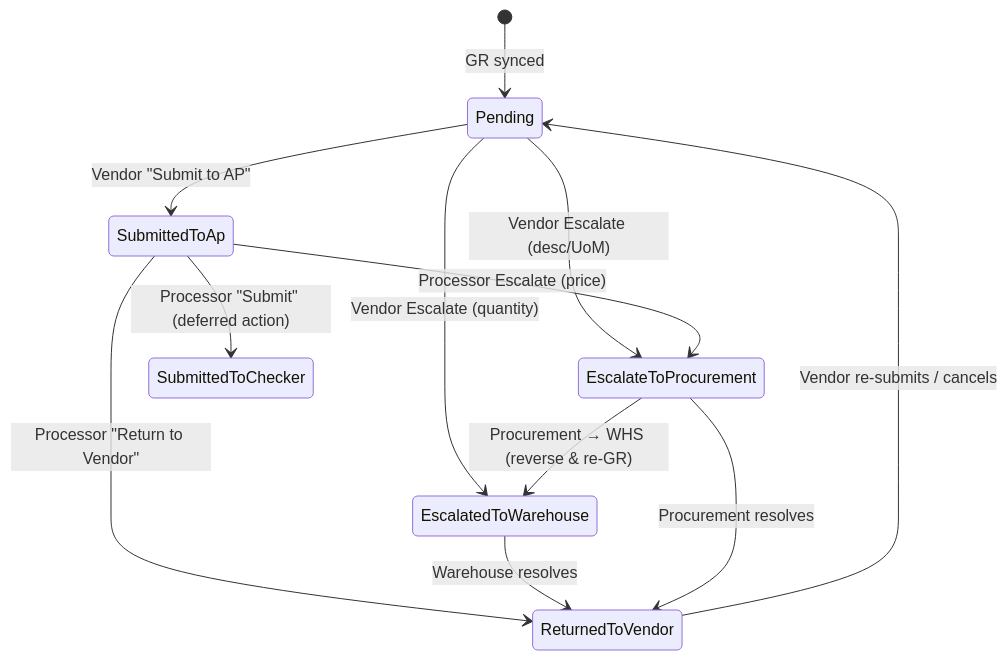
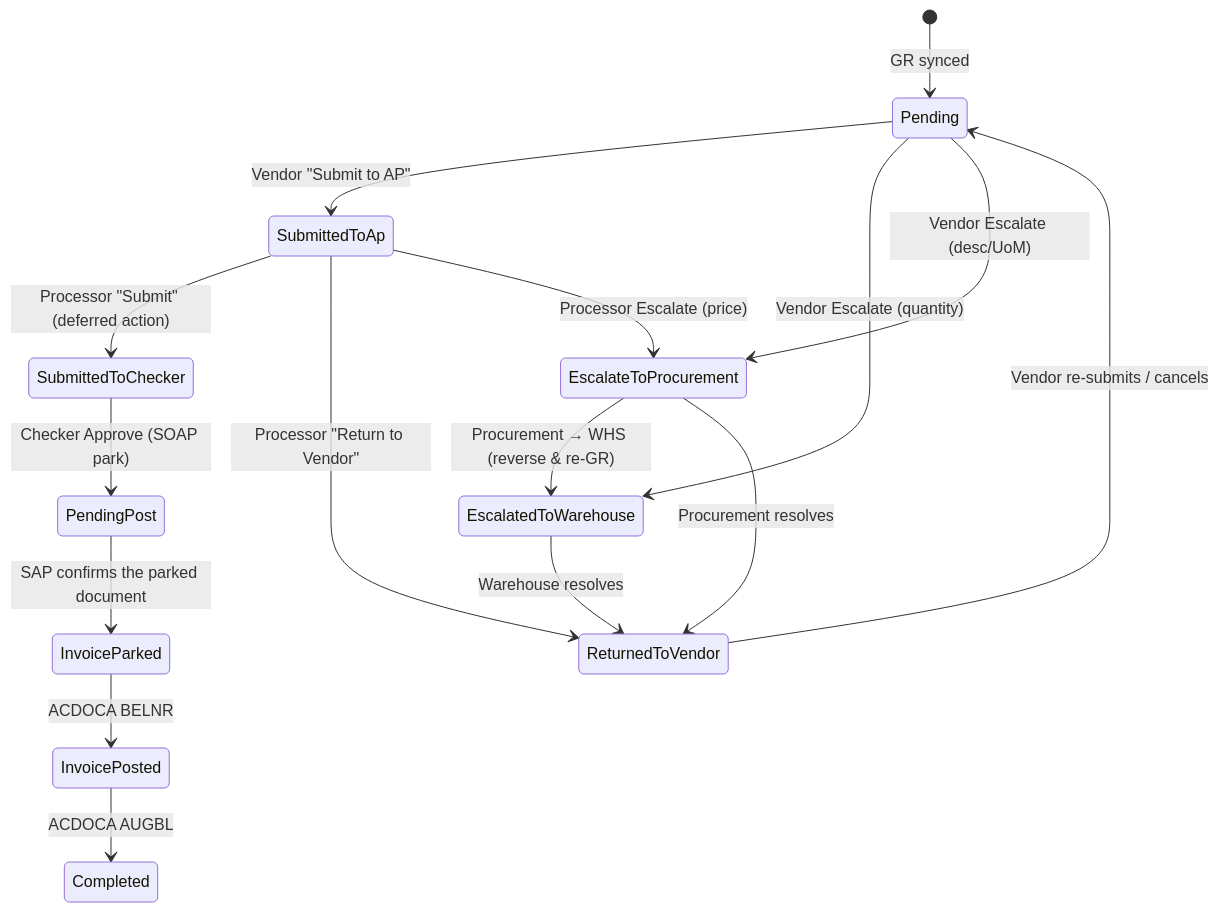
Before and after one commit to regideon/ramcarspendflow: the diagram in docs/p2p/06-workflow-statuses.md, drawn with Mermaid. The commit also changed other lines of this file and 18 other files, not shown here.

First line of the commit message:
test(p2p): cover SAP sync, SOAP park, ACDOCA poll and log redaction

````diff
--- a/docs/p2p/06-workflow-statuses.md
+++ b/docs/p2p/06-workflow-statuses.md
@@ -50,14 +51,18 @@
 ```mermaid
 stateDiagram-v2
     [*] --> Pending: GR synced
     Pending --> SubmittedToAp: Vendor "Submit to AP"
     Pending --> EscalatedToWarehouse: Vendor Escalate (quantity)
     Pending --> EscalateToProcurement: Vendor Escalate (desc/UoM)
     SubmittedToAp --> SubmittedToChecker: Processor "Submit" (deferred action)
     SubmittedToAp --> ReturnedToVendor: Processor "Return to Vendor"
     SubmittedToAp --> EscalateToProcurement: Processor Escalate (price)
     EscalatedToWarehouse --> ReturnedToVendor: Warehouse resolves
     EscalateToProcurement --> EscalatedToWarehouse: Procurement → WHS (reverse & re-GR)
     EscalateToProcurement --> ReturnedToVendor: Procurement resolves
     ReturnedToVendor --> Pending: Vendor re-submits / cancels
+    SubmittedToChecker --> PendingPost: Checker Approve (SOAP park)
+    PendingPost --> InvoiceParked: SAP confirms the parked document
+    InvoiceParked --> InvoicePosted: ACDOCA BELNR
+    InvoicePosted --> Completed: ACDOCA AUGBL
 ```
````
